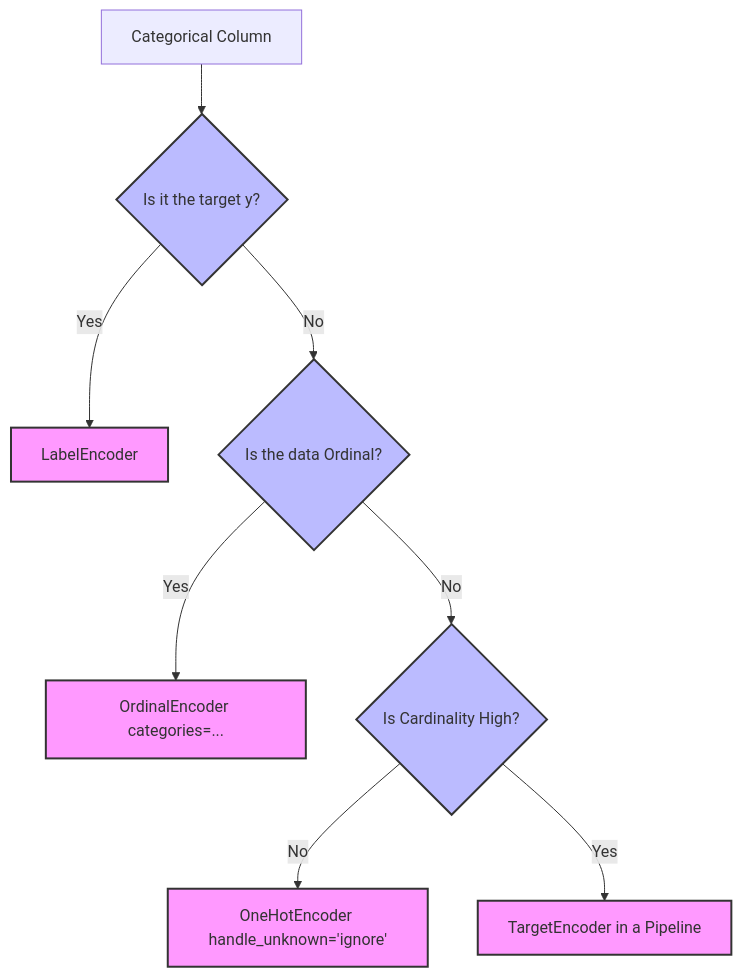
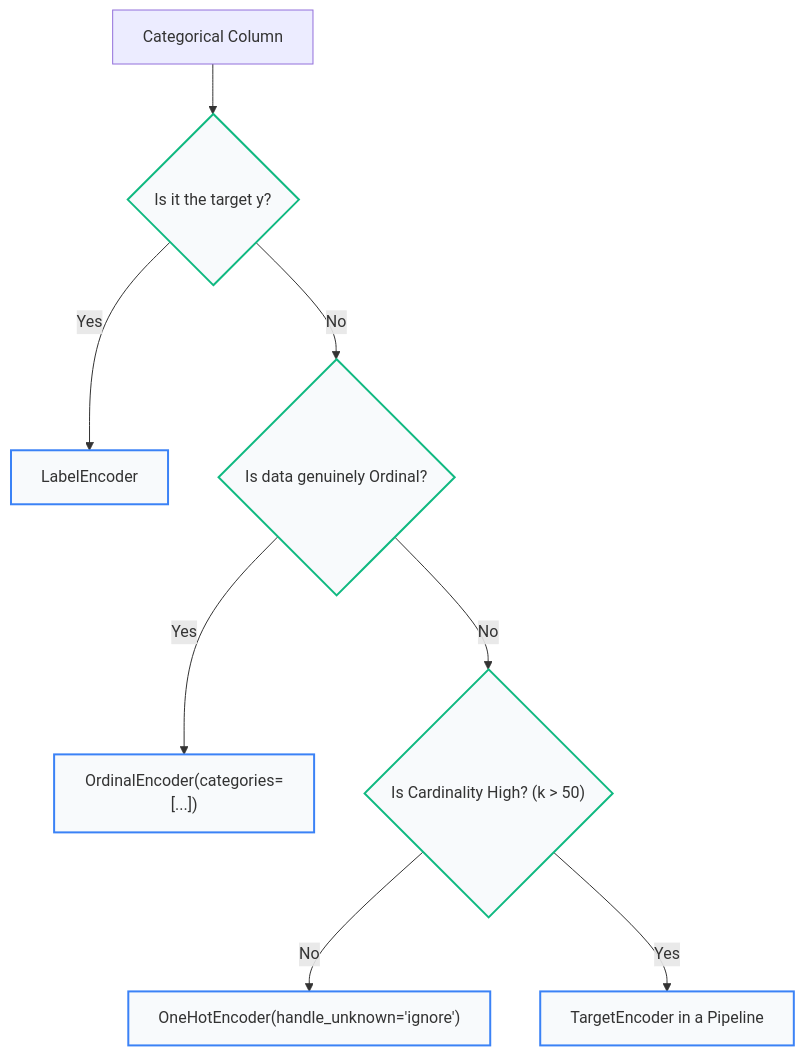
One commit to vettrivel-kl/vettrivel-kl.github.io changed the diagram in docs/Machine-Learning-Algorithms/02-data-preprocessing/03-encoding-categorical-data.mdx. Above: the diagram before and after it, drawn with Mermaid. The commit also changed other lines of this file and 6 other files, not shown here.

````diff
--- a/docs/Machine-Learning-Algorithms/02-data-preprocessing/03-encoding-categorical-data.mdx
+++ b/docs/Machine-Learning-Algorithms/02-data-preprocessing/03-encoding-categorical-data.mdx
@@ -506,16 +634,16 @@
 ```mermaid
 graph TD
-    classDef step fill:#f9f,stroke:#333,stroke-width:2px;
-    classDef choice fill:#bbf,stroke:#333,stroke-width:2px;
-    
-    A[Categorical Column] --> B{Is it the target y?}
-    B -- Yes --> C[LabelEncoder]
-    B -- No --> D{Is the data Ordinal?}
-    D -- Yes --> E[OrdinalEncoder categories=...]
-    D -- No --> F{Is Cardinality High?}
-    F -- No --> G[OneHotEncoder handle_unknown='ignore']
-    F -- Yes --> H[TargetEncoder in a Pipeline]
-    
+    classDef step fill:#f8fafc,stroke:#3b82f6,stroke-width:2px;
+    classDef choice fill:#f8fafc,stroke:#10b981,stroke-width:2px;
+
+    A["Categorical Column"] --> B{"Is it the target y?"}
+    B -- "Yes" --> C["LabelEncoder"]
+    B -- "No" --> D{"Is data genuinely Ordinal?"}
+    D -- "Yes" --> E["OrdinalEncoder(categories=[...])"]
+    D -- "No" --> F{"Is Cardinality High? (k > 50)"}
+    F -- "No" --> G["OneHotEncoder(handle_unknown='ignore')"]
+    F -- "Yes" --> H["TargetEncoder in a Pipeline"]
+
     class B,D,F choice;
     class C,E,G,H step;
 ```
````
